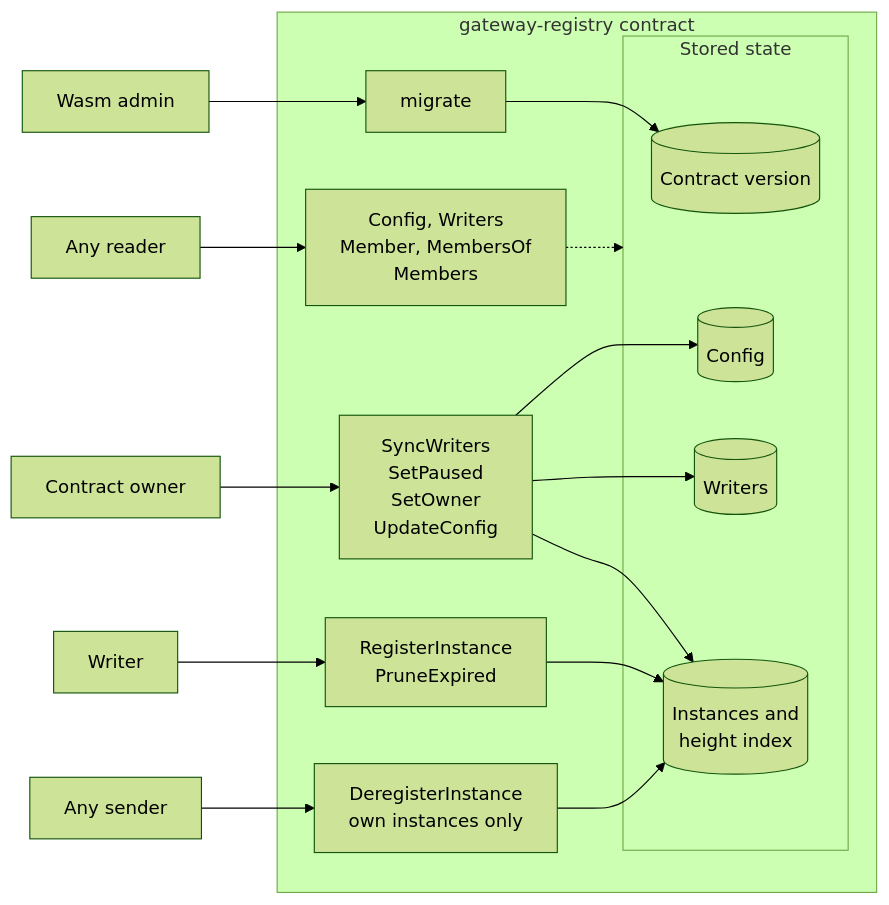
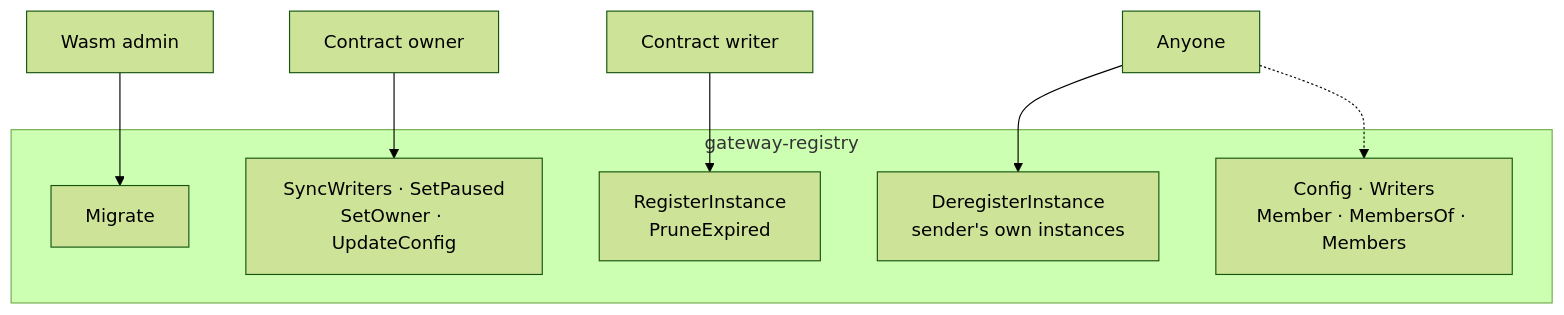
The first of 2 diagrams in README.md (qdanik/gateway-registry), drawn with Mermaid (forest theme) before and after one commit. The commit also changed other lines of this file, not shown here.

Commit message:
Make README diagrams show call rights and full instance lifecycle

````diff
--- a/README.md
+++ b/README.md
@@ -9,36 +9,21 @@
 ```mermaid
-flowchart LR
+flowchart TB
     admin["Wasm admin"]
     owner["Contract owner"]
-    writer["Writer"]
-    sender["Any sender"]
-    reader["Any reader"]
+    writer["Contract writer"]
+    anyone["Anyone"]
 
-    subgraph contract["gateway-registry contract"]
-        migrate["migrate"]
-        ownerMsgs["SyncWriters<br/>SetPaused<br/>SetOwner<br/>UpdateConfig"]
-        writerMsgs["RegisterInstance<br/>PruneExpired"]
-        deregister["DeregisterInstance<br/>own instances only"]
-        queries["Config, Writers<br/>Member, MembersOf<br/>Members"]
-
-        subgraph storage["Stored state"]
-            version[("Contract version")]
-            config[("Config")]
-            writers[("Writers")]
-            instances[("Instances and<br/>height index")]
-        end
+    subgraph contract["gateway-registry"]
+        migrate["Migrate"]
+        ownerCalls["SyncWriters · SetPaused<br/>SetOwner · UpdateConfig"]
+        writerCalls["RegisterInstance<br/>PruneExpired"]
+        deregister["DeregisterInstance<br/>sender's own instances"]
+        queries["Config · Writers<br/>Member · MembersOf · Members"]
     end
 
-    admin --> migrate --> version
-    owner --> ownerMsgs
-    writer --> writerMsgs
-    sender --> deregister
-    reader --> queries
-
-    ownerMsgs --> config
-    ownerMsgs --> writers
-    ownerMsgs --> instances
-    writerMsgs --> instances
-    deregister --> instances
-    queries -.-> storage
+    admin --> migrate
+    owner --> ownerCalls
+    writer --> writerCalls
+    anyone --> deregister
+    anyone -.-> queries
 ```
````
